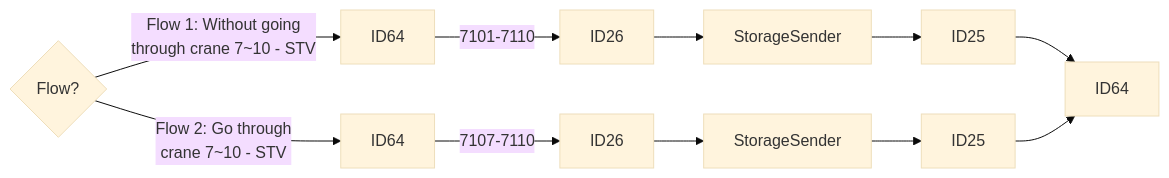
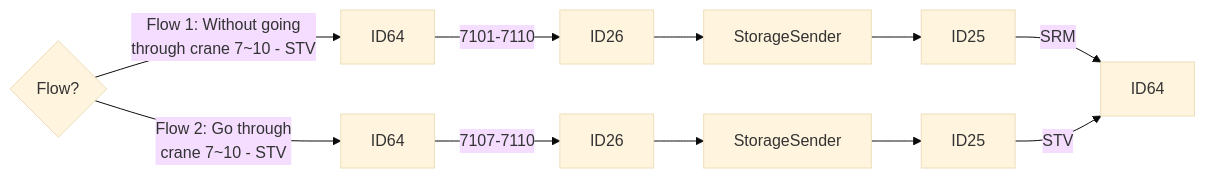
The second of 25 diagrams in Basic-Design/DFD-WMS/Storage/Palletizing-Settting/Palletize-Start.md (luthfiadityaa/SimeDarby-Wiki), drawn with Mermaid (base theme) before and after one commit.

Commit message:
Updated Palletize Start

```diff
--- a/Basic-Design/DFD-WMS/Storage/Palletizing-Settting/Palletize-Start.md
+++ b/Basic-Design/DFD-WMS/Storage/Palletizing-Settting/Palletize-Start.md
@@ -15,13 +15,13 @@
 ::: mermaid
 flowchart LR
 
 Cond2{Flow?}
 
 Cond2 --> |Flow 1: Without going 
 through crane 7~10 - STV| P8[ID64]
 Cond2 --> |Flow 2: Go through 
 crane 7~10 - STV| P9[ID64]
 
-P8[ID64]--> |7101-7110| P10[ID26]-->P11[StorageSender]-->P12[ID25]-->P18[ID64]
-P9[ID64]--> |7107-7110| P15[ID26]-->P16[StorageSender]-->P17[ID25]-->P18[ID64]
+P8[ID64]--> |7101-7110| P10[ID26]-->P11[StorageSender]-->P12[ID25]--> |SRM| P18[ID64]
+P9[ID64]--> |7107-7110| P15[ID26]-->P16[StorageSender]-->P17[ID25]--> |STV|P18[ID64]
 :::
```
